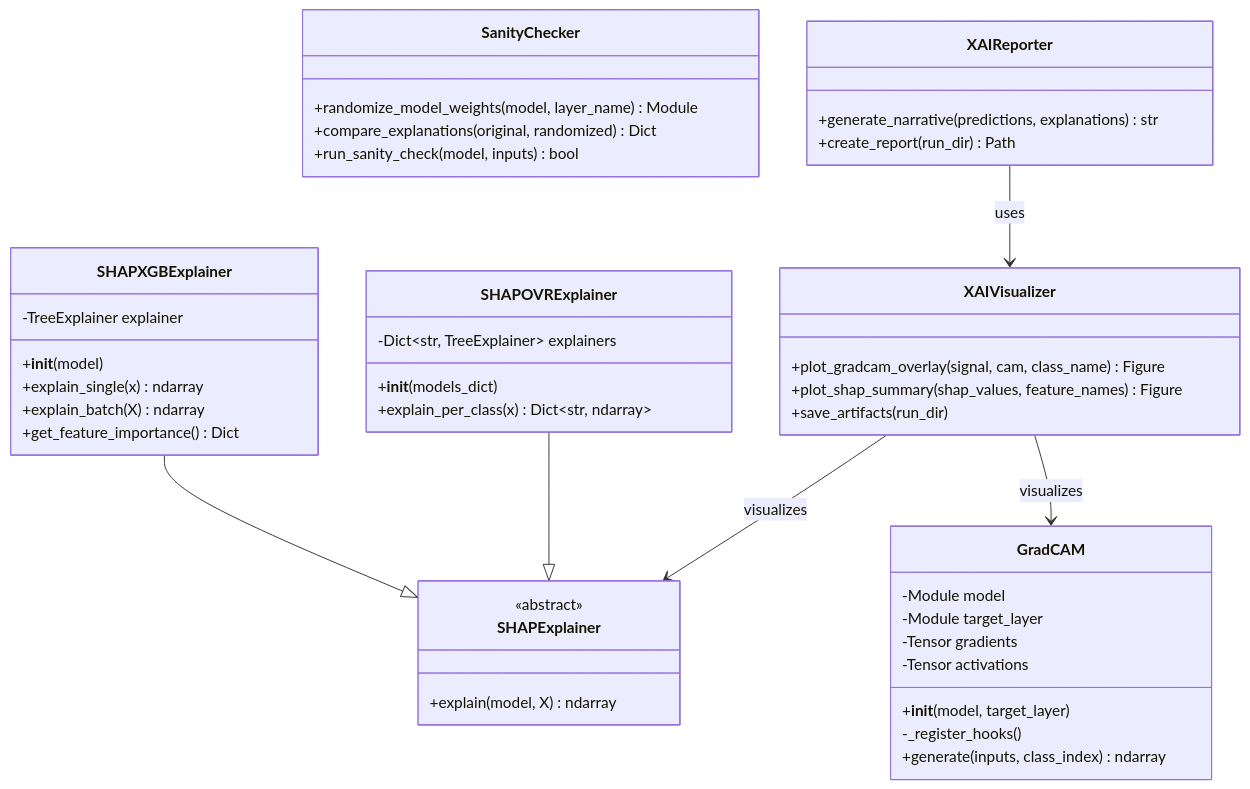
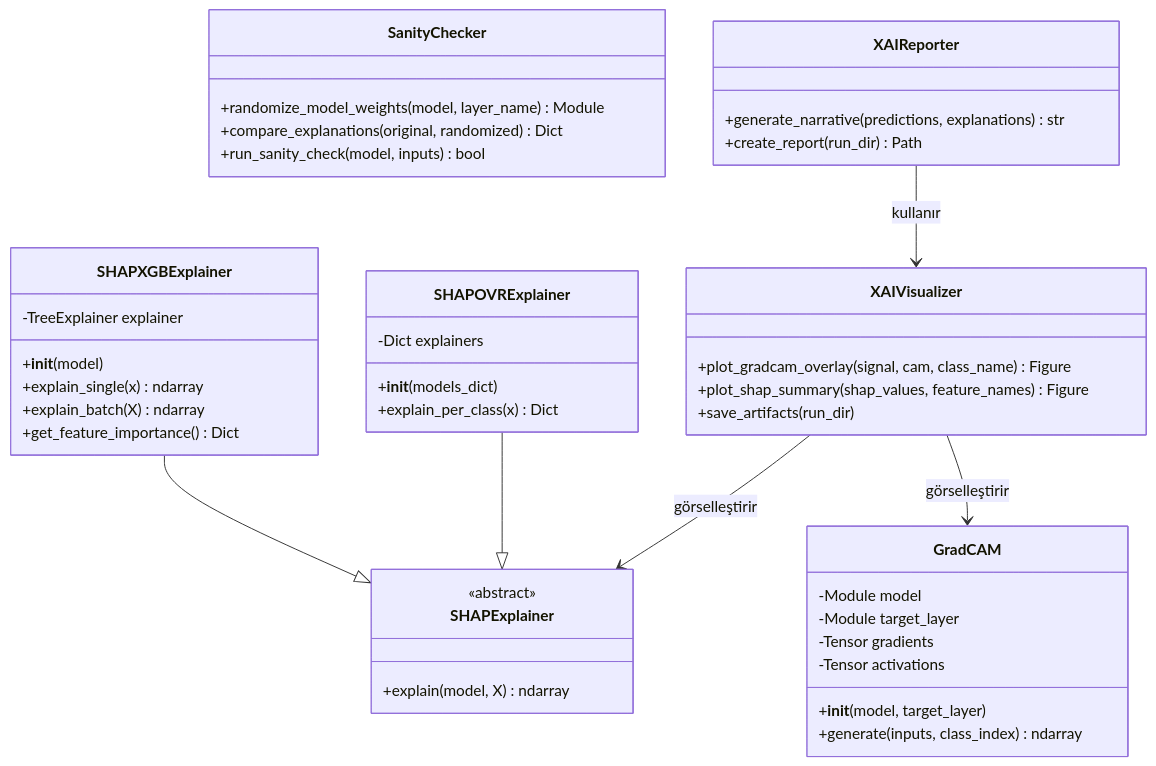
One commit to mUsaulug/CardioGuard-AI changed the seventh of 12 diagrams in docs/diagrams/03_class_diagram.md. Above: the diagram before and after it, drawn with Mermaid. The commit also changed other lines of this file and 5 other files, not shown here.

````diff
--- a/docs/diagrams/03_class_diagram.md
+++ b/docs/diagrams/03_class_diagram.md
@@ -387,56 +351,55 @@
 ```mermaid
 classDiagram
     direction TB
     
     class GradCAM {
         -Module model
         -Module target_layer
         -Tensor gradients
         -Tensor activations
         +__init__(model, target_layer)
-        -_register_hooks()
         +generate(inputs, class_index) ndarray
     }
     
     class SHAPExplainer {
         <<abstract>>
         +explain(model, X) ndarray
     }
     
     class SHAPXGBExplainer {
         -TreeExplainer explainer
         +__init__(model)
         +explain_single(x) ndarray
         +explain_batch(X) ndarray
         +get_feature_importance() Dict
     }
     
     class SHAPOVRExplainer {
-        -Dict~str, TreeExplainer~ explainers
+        -Dict explainers
         +__init__(models_dict)
-        +explain_per_class(x) Dict~str, ndarray~
+        +explain_per_class(x) Dict
     }
     
     class SanityChecker {
         +randomize_model_weights(model, layer_name) Module
         +compare_explanations(original, randomized) Dict
         +run_sanity_check(model, inputs) bool
     }
     
     class XAIVisualizer {
         +plot_gradcam_overlay(signal, cam, class_name) Figure
         +plot_shap_summary(shap_values, feature_names) Figure
         +save_artifacts(run_dir)
     }
     
     class XAIReporter {
         +generate_narrative(predictions, explanations) str
         +create_report(run_dir) Path
     }
     
     SHAPXGBExplainer --|> SHAPExplainer
     SHAPOVRExplainer --|> SHAPExplainer
-    XAIVisualizer --> GradCAM : visualizes
-    XAIVisualizer --> SHAPExplainer : visualizes
-    XAIReporter --> XAIVisualizer : uses
+    XAIVisualizer --> GradCAM : görselleştirir
+    XAIVisualizer --> SHAPExplainer : görselleştirir
+    XAIReporter --> XAIVisualizer : kullanır
 ```
````
